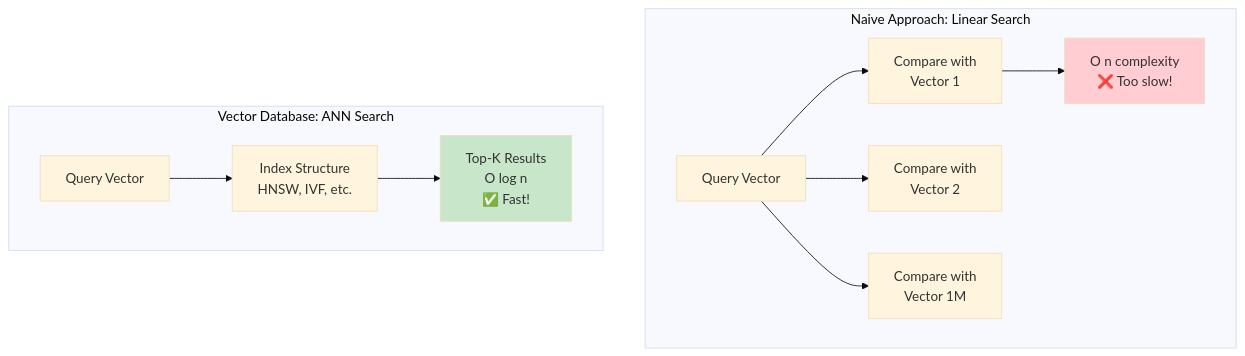
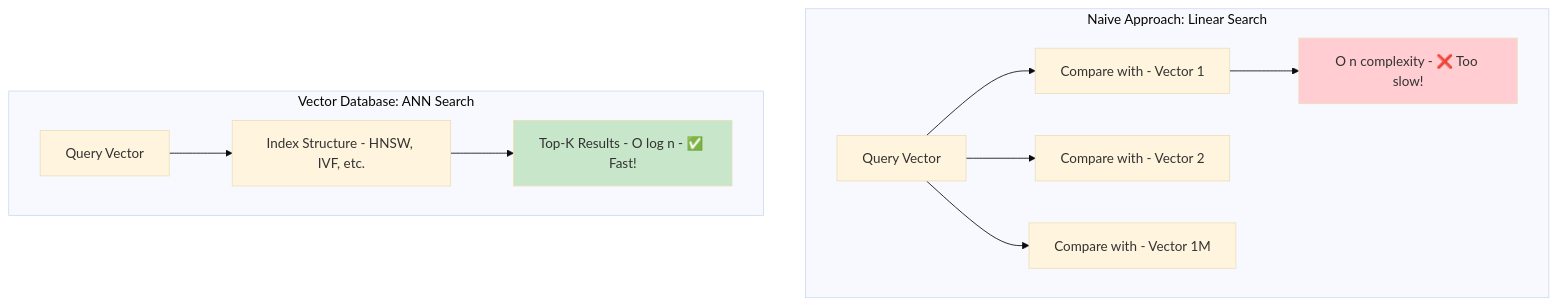
One commit to indhra/llm_rag_sec_findings changed the first of 10 diagrams in docs/learning/04-vector-databases.md. Above: the diagram before and after it, drawn with Mermaid (base theme). The commit also changed other lines of this file and 9 other files, not shown here.

````diff
--- a/docs/learning/04-vector-databases.md
+++ b/docs/learning/04-vector-databases.md
@@ -21,17 +21,17 @@
 ```mermaid
 graph TD
     subgraph "Naive Approach: Linear Search"
-        Q[Query Vector] --> C1[Compare with<br/>Vector 1]
-        Q --> C2[Compare with<br/>Vector 2]
-        Q --> CN[Compare with<br/>Vector 1M]
-        C1 --> T[O n complexity<br/>❌ Too slow!]
+        Q[Query Vector] --> C1[Compare with - Vector 1]
+        Q --> C2[Compare with - Vector 2]
+        Q --> CN[Compare with - Vector 1M]
+        C1 --> T[O n complexity - ❌ Too slow!]
     end
     
     subgraph "Vector Database: ANN Search"
-        Q2[Query Vector] --> I[Index Structure<br/>HNSW, IVF, etc.]
-        I --> R[Top-K Results<br/>O log n<br/>✅ Fast!]
+        Q2[Query Vector] --> I[Index Structure - HNSW, IVF, etc.]
+        I --> R[Top-K Results - O log n - ✅ Fast!]
     end
     
     style T fill:#ffcdd2
     style R fill:#c8e6c9
 ```
````
